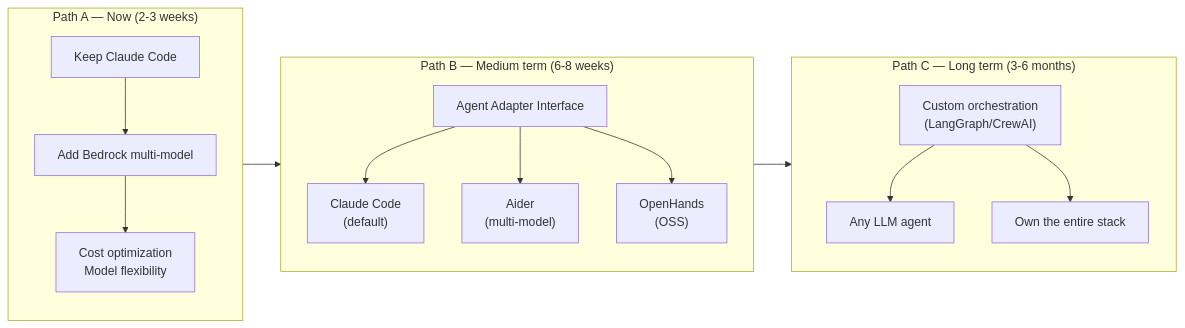
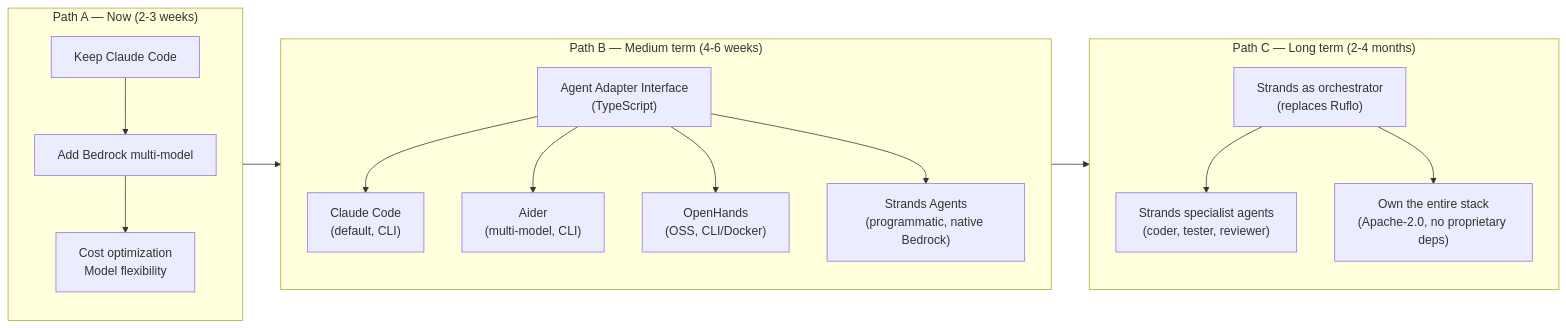
Before and after one commit to Walsen/turbo-flow: the seventh of 7 diagrams in planning/turboflow-cloud-product-plan.md, drawn with Mermaid. The commit also changed other lines of this file and 56 other files, not shown here.

First line of the commit message:
feat: Agent Adapter Interface + Strands Agents integration

````diff
--- a/planning/turboflow-cloud-product-plan.md
+++ b/planning/turboflow-cloud-product-plan.md
@@ -613,20 +767,21 @@
 ```mermaid
 graph LR
     subgraph NOW["Path A — Now (2-3 weeks)"]
         A1["Keep Claude Code"] --> A2["Add Bedrock multi-model"]
         A2 --> A3["Cost optimization\nModel flexibility"]
     end
 
-    subgraph MID["Path B — Medium term (6-8 weeks)"]
-        B1["Agent Adapter Interface"] --> B2["Claude Code\n(default)"]
-        B1 --> B3["Aider\n(multi-model)"]
-        B1 --> B4["OpenHands\n(OSS)"]
+    subgraph MID["Path B — Medium term (4-6 weeks)"]
+        B1["Agent Adapter Interface\n(TypeScript)"] --> B2["Claude Code\n(default, CLI)"]
+        B1 --> B3["Aider\n(multi-model, CLI)"]
+        B1 --> B4["OpenHands\n(OSS, CLI/Docker)"]
+        B1 --> B5["Strands Agents\n(programmatic, native Bedrock)"]
     end
 
-    subgraph LONG["Path C — Long term (3-6 months)"]
-        C1["Custom orchestration\n(LangGraph/CrewAI)"] --> C2["Any LLM agent"]
-        C1 --> C3["Own the entire stack"]
+    subgraph LONG["Path C — Long term (2-4 months)"]
+        C1["Strands as orchestrator\n(replaces Ruflo)"] --> C2["Strands specialist agents\n(coder, tester, reviewer)"]
+        C1 --> C3["Own the entire stack\n(Apache-2.0, no proprietary deps)"]
     end
 
     NOW --> MID --> LONG
 ```
````
